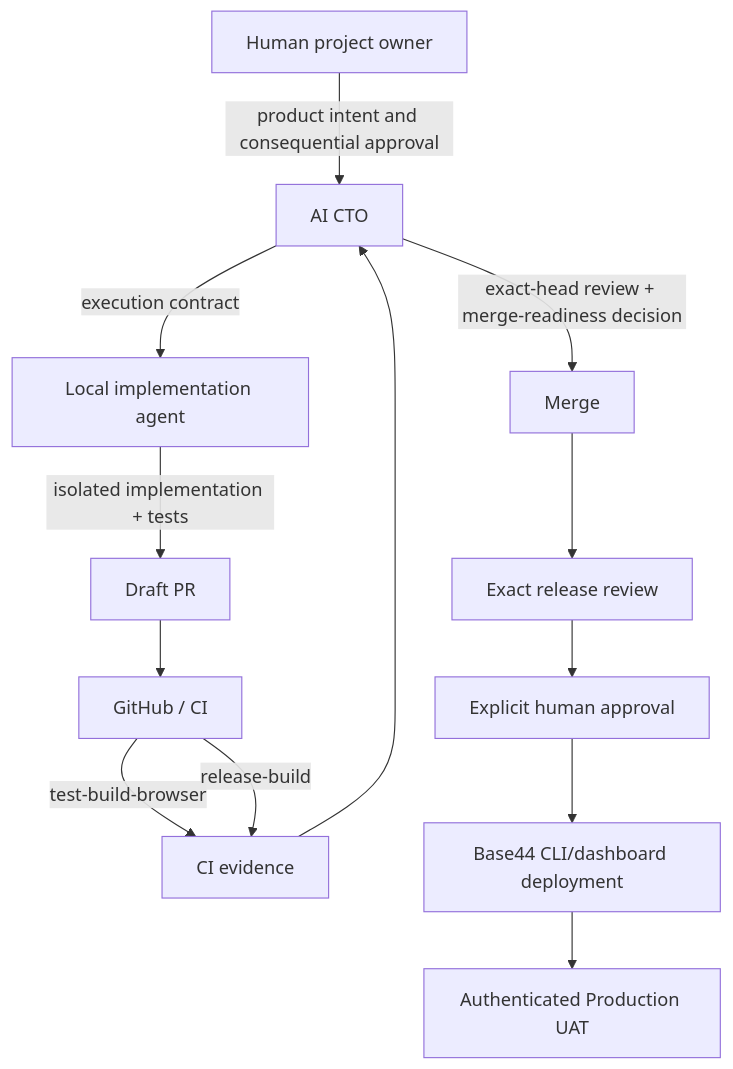
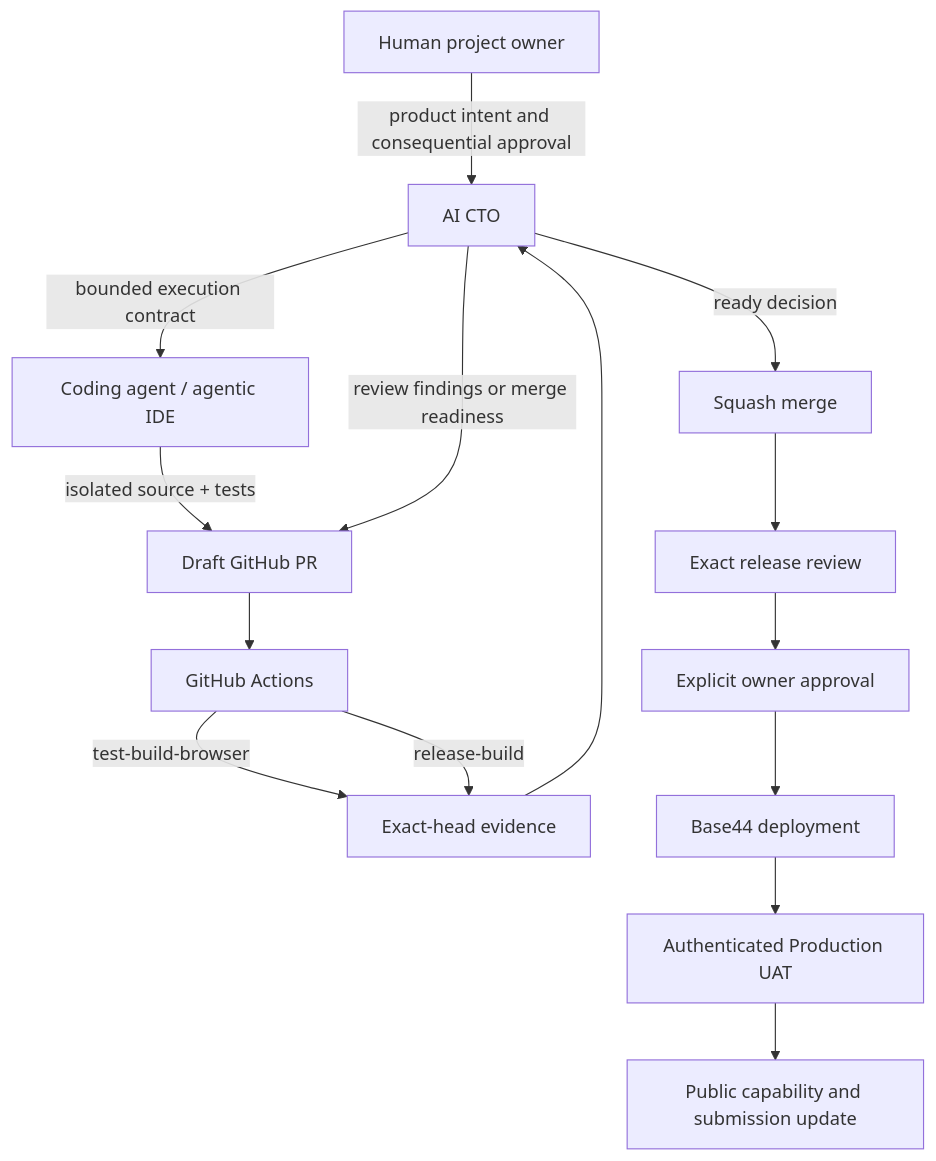
One commit to skerishKang/base44-resonance changed the diagram in docs/submission/AGENTIC_DEVELOPMENT_METHOD.md. Above: the diagram before and after it, drawn with Mermaid. The commit also changed other lines of this file and 4 other files, not shown here.

First line of the commit message:
docs(public): audit repository narrative and capability status

````diff
--- a/docs/submission/AGENTIC_DEVELOPMENT_METHOD.md
+++ b/docs/submission/AGENTIC_DEVELOPMENT_METHOD.md
@@ -59,15 +79,17 @@
 ```mermaid
 flowchart TD
     A[Human project owner] -->|product intent and consequential approval| B[AI CTO]
-    B -->|execution contract| C[Local implementation agent]
-    C -->|isolated implementation + tests| D[Draft PR]
-    D --> E[GitHub / CI]
-    E -->|test-build-browser| F[CI evidence]
+    B -->|bounded execution contract| C[Coding agent / agentic IDE]
+    C -->|isolated source + tests| D[Draft GitHub PR]
+    D --> E[GitHub Actions]
+    E -->|test-build-browser| F[Exact-head evidence]
     E -->|release-build| F
     F --> B
-    B -->|exact-head review + merge-readiness decision| G[Merge]
+    B -->|review findings or merge readiness| D
+    B -->|ready decision| G[Squash merge]
     G --> H[Exact release review]
-    H --> I[Explicit human approval]
-    I --> J[Base44 CLI/dashboard deployment]
+    H --> I[Explicit owner approval]
+    I --> J[Base44 deployment]
     J --> K[Authenticated Production UAT]
+    K --> L[Public capability and submission update]
 ```
````
